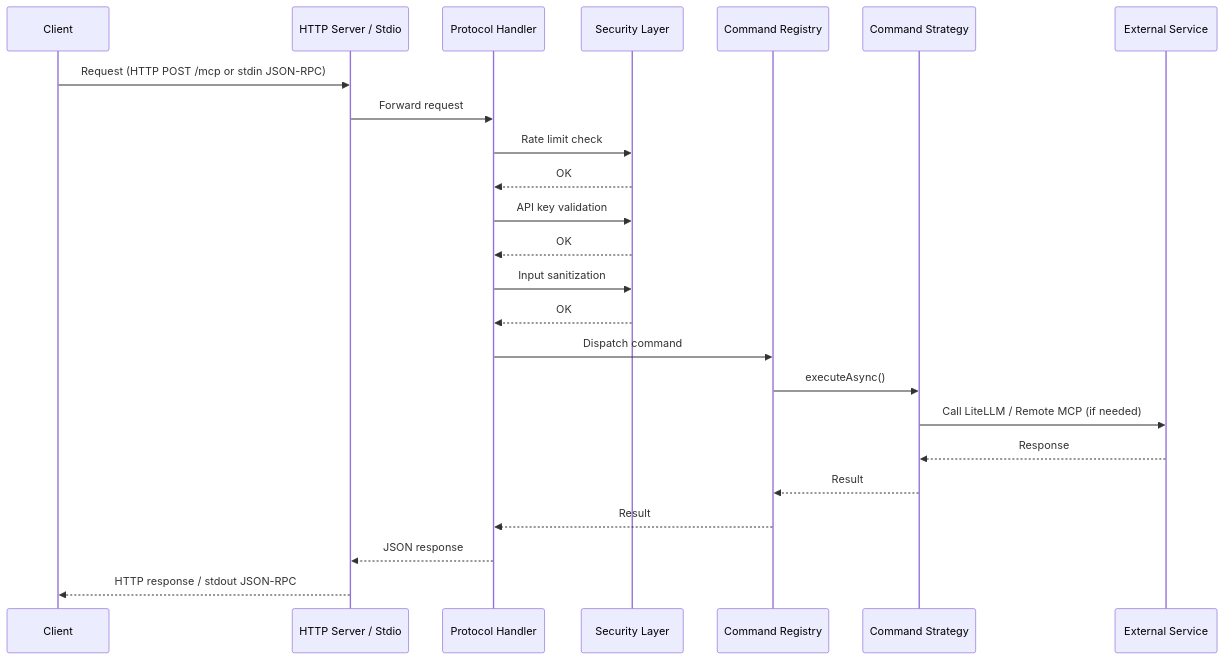
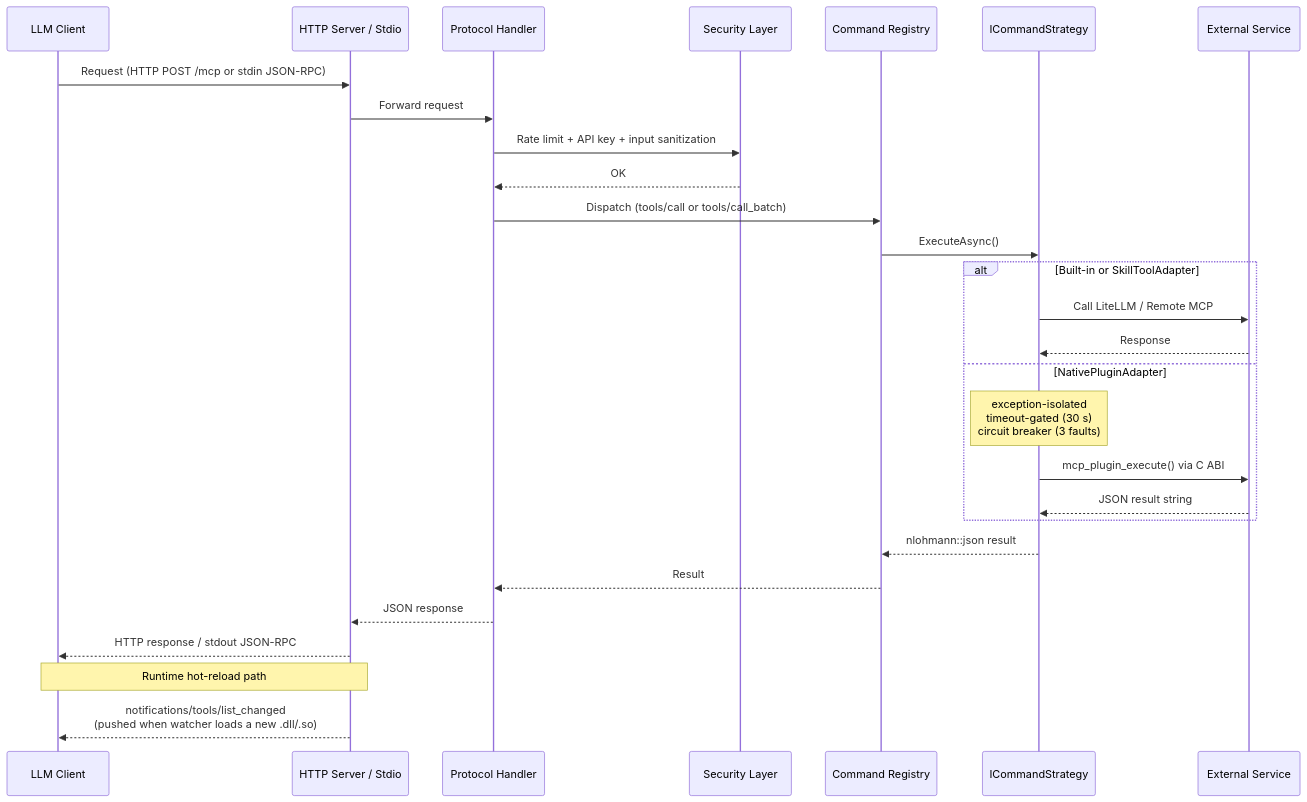
The second of 3 diagrams in README.md (RockyRocks/MCP_Open), drawn with Mermaid before and after one commit. The commit also changed other lines of this file, not shown here.

Commit message:
Updating the MCP Readme with new changes done for dynamic plugin loading.

````diff
--- a/README.md
+++ b/README.md
@@ -157,27 +193,34 @@
 ```mermaid
 sequenceDiagram
-    participant Client
+    participant Client as LLM Client
     participant Transport as HTTP Server / Stdio
     participant PH as Protocol Handler
     participant Sec as Security Layer
     participant CR as Command Registry
-    participant Cmd as Command Strategy
+    participant Cmd as ICommandStrategy
     participant Ext as External Service
 
     Client->>Transport: Request (HTTP POST /mcp or stdin JSON-RPC)
     Transport->>PH: Forward request
-    PH->>Sec: Rate limit check
+    PH->>Sec: Rate limit + API key + input sanitization
     Sec-->>PH: OK
-    PH->>Sec: API key validation
-    Sec-->>PH: OK
-    PH->>Sec: Input sanitization
-    Sec-->>PH: OK
-    PH->>CR: Dispatch command
-    CR->>Cmd: executeAsync()
-    Cmd->>Ext: Call LiteLLM / Remote MCP (if needed)
-    Ext-->>Cmd: Response
-    Cmd-->>CR: Result
+    PH->>CR: Dispatch (tools/call or tools/call_batch)
+    CR->>Cmd: ExecuteAsync()
+
+    alt Built-in or SkillToolAdapter
+        Cmd->>Ext: Call LiteLLM / Remote MCP
+        Ext-->>Cmd: Response
+    else NativePluginAdapter
+        Note over Cmd: exception-isolated<br/>timeout-gated (30 s)<br/>circuit breaker (3 faults)
+        Cmd->>Ext: mcp_plugin_execute() via C ABI
+        Ext-->>Cmd: JSON result string
+    end
+
+    Cmd-->>CR: nlohmann::json result
     CR-->>PH: Result
     PH-->>Transport: JSON response
     Transport-->>Client: HTTP response / stdout JSON-RPC
+
+    Note over Transport,Client: Runtime hot-reload path
+    Transport-->>Client: notifications/tools/list_changed<br/>(pushed when watcher loads a new .dll/.so)
 ```
````
